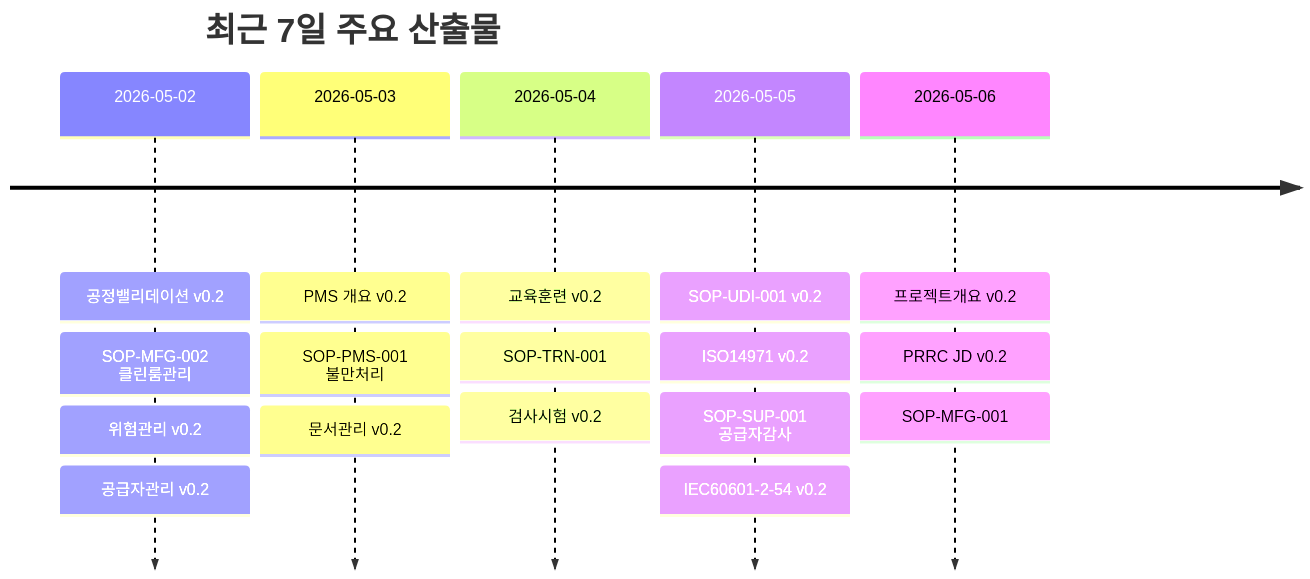
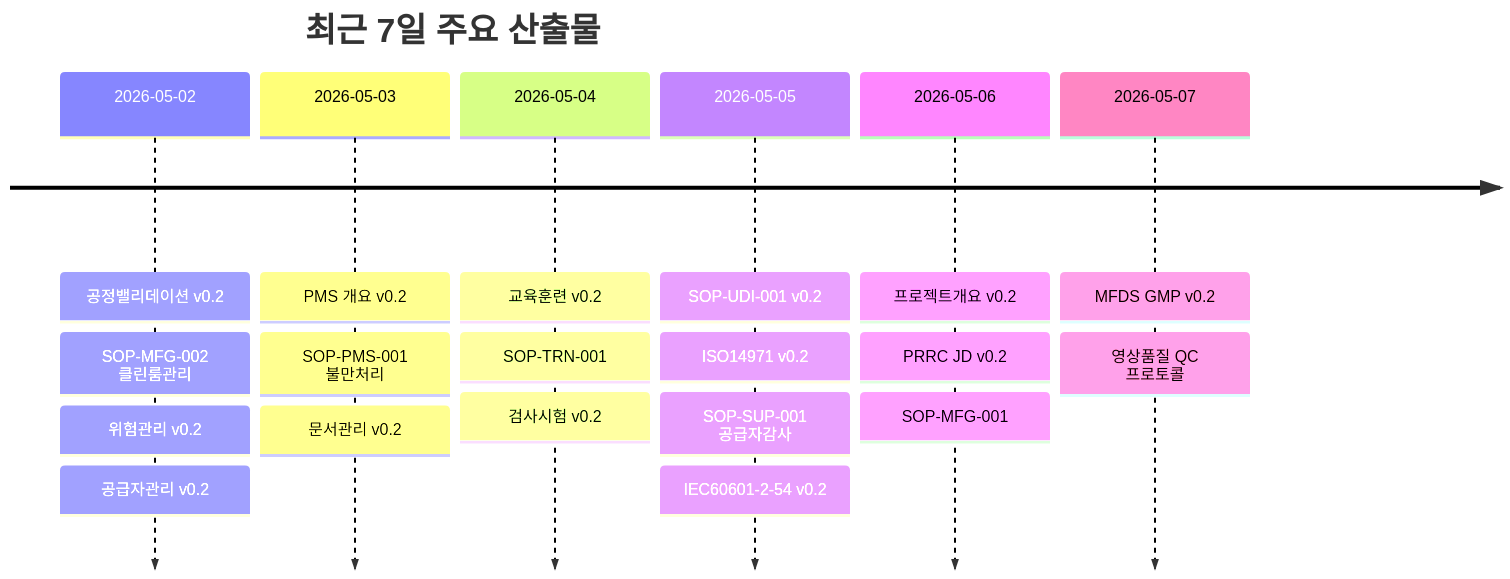
One commit to holee9/MD-process changed the third of 4 diagrams in README.md. Above: the diagram before and after it, drawn with Mermaid. The commit also changed other lines of this file, not shown here.

````diff
--- a/README.md
+++ b/README.md
@@ -126,9 +126,10 @@
 ```mermaid
 timeline
     title 최근 7일 주요 산출물
     2026-05-02 : 공정밸리데이션 v0.2 : SOP-MFG-002 클린룸관리 : 위험관리 v0.2 : 공급자관리 v0.2
     2026-05-03 : PMS 개요 v0.2 : SOP-PMS-001 불만처리 : 문서관리 v0.2
     2026-05-04 : 교육훈련 v0.2 : SOP-TRN-001 : 검사시험 v0.2
     2026-05-05 : SOP-UDI-001 v0.2 : ISO14971 v0.2 : SOP-SUP-001 공급자감사 : IEC60601-2-54 v0.2
     2026-05-06 : 프로젝트개요 v0.2 : PRRC JD v0.2 : SOP-MFG-001
+    2026-05-07 : MFDS GMP v0.2 : 영상품질 QC 프로토콜
 ```
````
